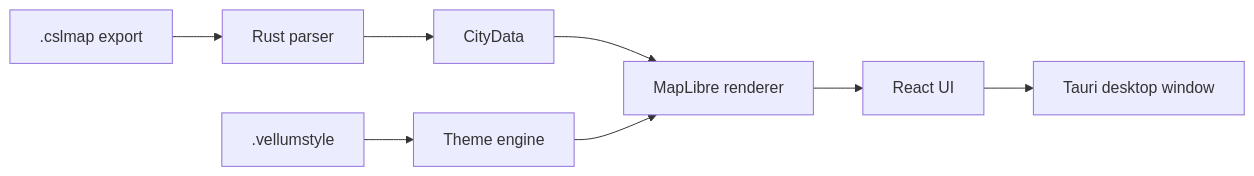
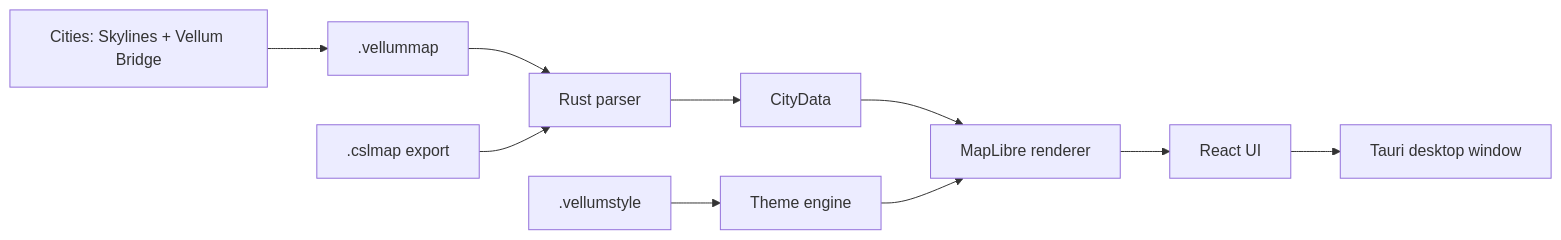
One commit to sebas-tcotd/vellum changed the second of 2 diagrams in docs/en/project-overview.md. Above: the diagram before and after it, drawn with Mermaid. The commit also changed other lines of this file and 4 other files, not shown here.

First line of the commit message:
docs: README y visión general con Vellum Bridge como camino principal

````diff
--- a/docs/en/project-overview.md
+++ b/docs/en/project-overview.md
@@ -93,10 +99,12 @@
 ```mermaid
 flowchart LR
-  A[".cslmap export"] --> B["Rust parser"]
+  G["Cities: Skylines + Vellum Bridge"] --> V[".vellummap"]
+  V --> B["Rust parser"]
+  A[".cslmap export"] --> B
   B --> C["CityData"]
   C --> D["MapLibre renderer"]
   D --> E["React UI"]
   E --> F["Tauri desktop window"]
-  G[".vellumstyle"] --> H["Theme engine"]
+  S[".vellumstyle"] --> H["Theme engine"]
   H --> D
 ```
````
